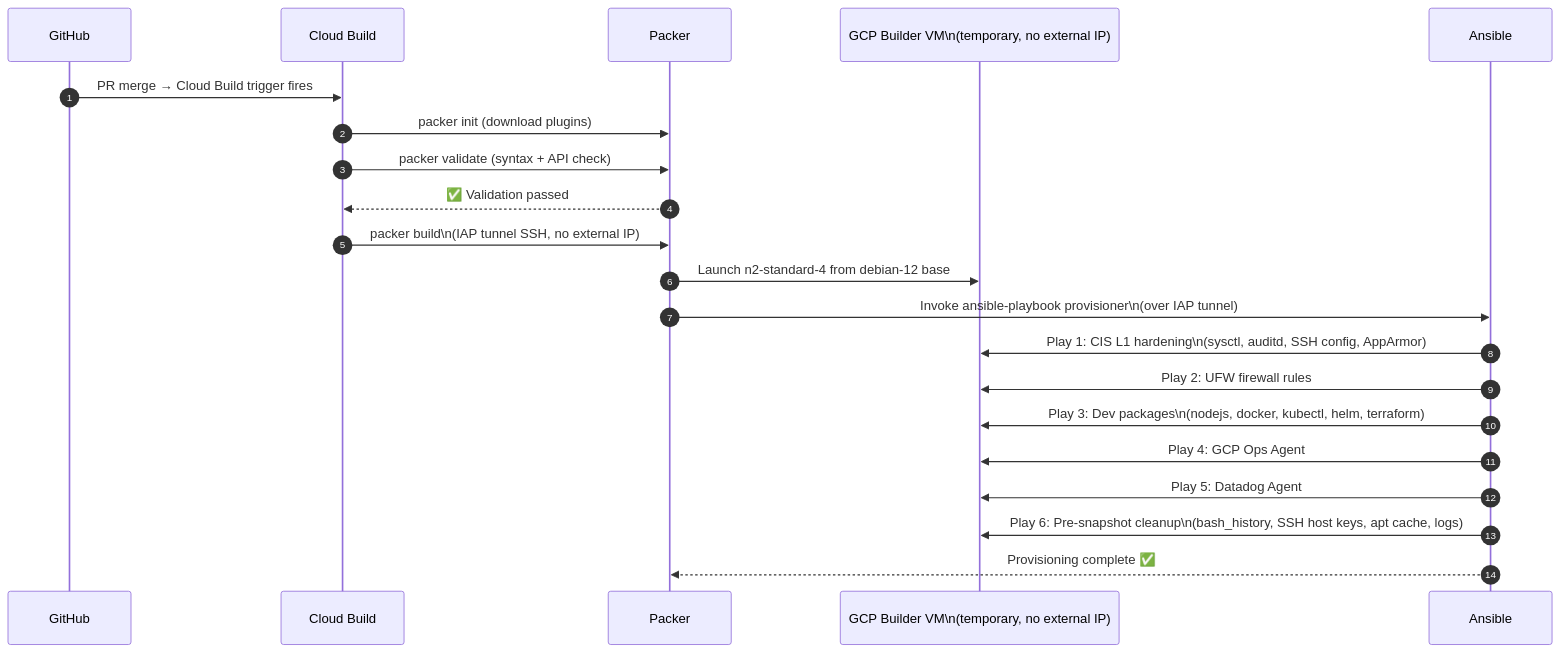
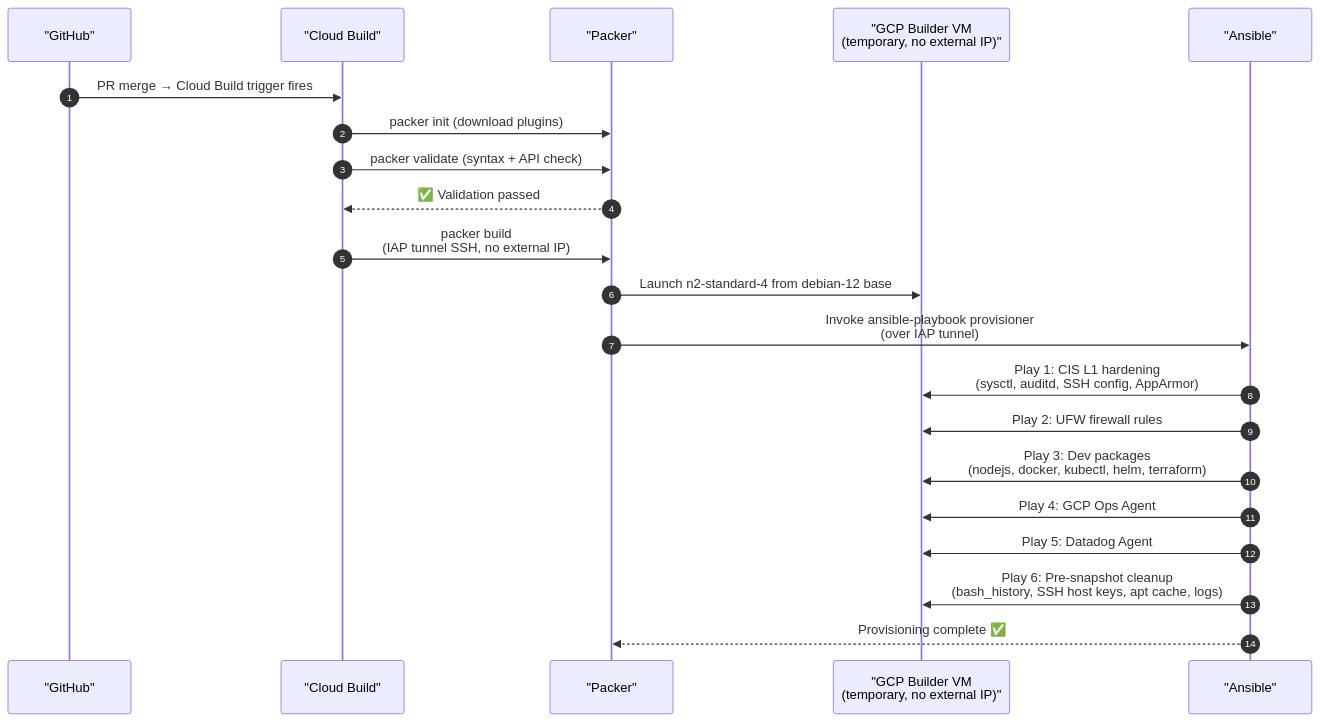
Before and after one commit to AravindKumarjoshi/devops-platform: diagram 15 of 16 in mkdocs-devops-platform/docs/architecture-diagrams.md, drawn with Mermaid. The commit also changed other lines of this file and 1 other file, not shown here.

Commit message:
fix: mermaid syntax errors (replace \n with <br> and quote aliases)

````diff
--- a/mkdocs-devops-platform/docs/architecture-diagrams.md
+++ b/mkdocs-devops-platform/docs/architecture-diagrams.md
@@ -421,24 +421,24 @@
     ```mermaid
     sequenceDiagram
         autonumber
-        participant GH as GitHub
-        participant CB as Cloud Build
-        participant PKR as Packer
-        participant VM as GCP Builder VM\n(temporary, no external IP)
-        participant ANS as Ansible
+        participant GH as "GitHub"
+        participant CB as "Cloud Build"
+        participant PKR as "Packer"
+        participant VM as "GCP Builder VM<br>(temporary, no external IP)"
+        participant ANS as "Ansible"
 
         GH->>CB: PR merge → Cloud Build trigger fires
         CB->>PKR: packer init (download plugins)
         CB->>PKR: packer validate (syntax + API check)
         PKR-->>CB: ✅ Validation passed
-        CB->>PKR: packer build\n(IAP tunnel SSH, no external IP)
+        CB->>PKR: packer build<br>(IAP tunnel SSH, no external IP)
         PKR->>VM: Launch n2-standard-4 from debian-12 base
-        PKR->>ANS: Invoke ansible-playbook provisioner\n(over IAP tunnel)
-        ANS->>VM: Play 1: CIS L1 hardening\n(sysctl, auditd, SSH config, AppArmor)
+        PKR->>ANS: Invoke ansible-playbook provisioner<br>(over IAP tunnel)
+        ANS->>VM: Play 1: CIS L1 hardening<br>(sysctl, auditd, SSH config, AppArmor)
         ANS->>VM: Play 2: UFW firewall rules
-        ANS->>VM: Play 3: Dev packages\n(nodejs, docker, kubectl, helm, terraform)
+        ANS->>VM: Play 3: Dev packages<br>(nodejs, docker, kubectl, helm, terraform)
         ANS->>VM: Play 4: GCP Ops Agent
         ANS->>VM: Play 5: Datadog Agent
-        ANS->>VM: Play 6: Pre-snapshot cleanup\n(bash_history, SSH host keys, apt cache, logs)
+        ANS->>VM: Play 6: Pre-snapshot cleanup<br>(bash_history, SSH host keys, apt cache, logs)
         ANS-->>PKR: Provisioning complete ✅
     ```
````
